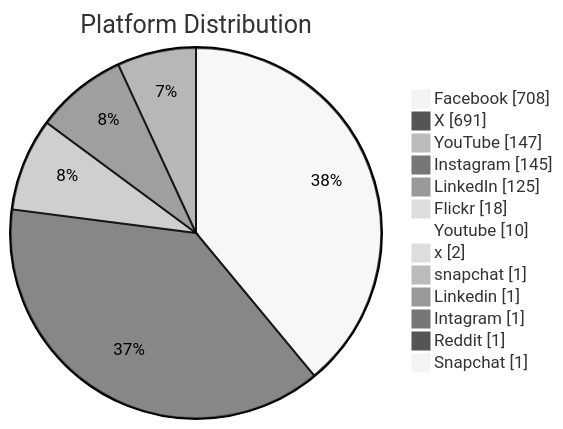
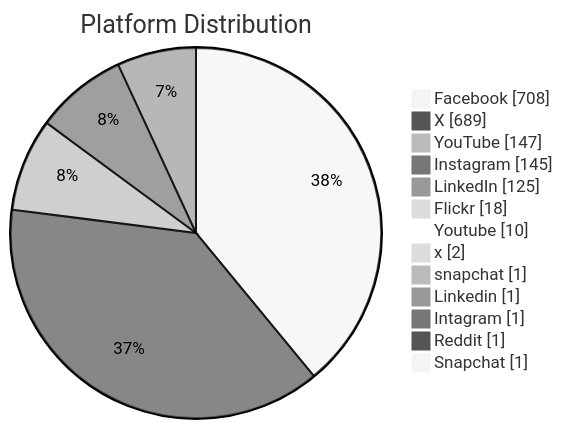
Before and after one commit to PatLittle/GC-Socials: the second of 6 diagrams in README.md, drawn with Mermaid (neutral theme). The commit also changed other lines of this file, not shown here.

Commit message:
Update README with Platform Distribution pie chart

````diff
--- a/README.md
+++ b/README.md
@@ -47,16 +47,16 @@
 ```mermaid
 pie showData title Platform Distribution
     "Facebook": 708
-    "X": 691
+    "X": 689
     "YouTube": 147
     "Instagram": 145
     "LinkedIn": 125
     "Flickr": 18
     "Youtube": 10
     "x": 2
     "snapchat": 1
     "Linkedin": 1
     "Intagram": 1
     "Reddit": 1
     "Snapchat": 1
 ```
````
